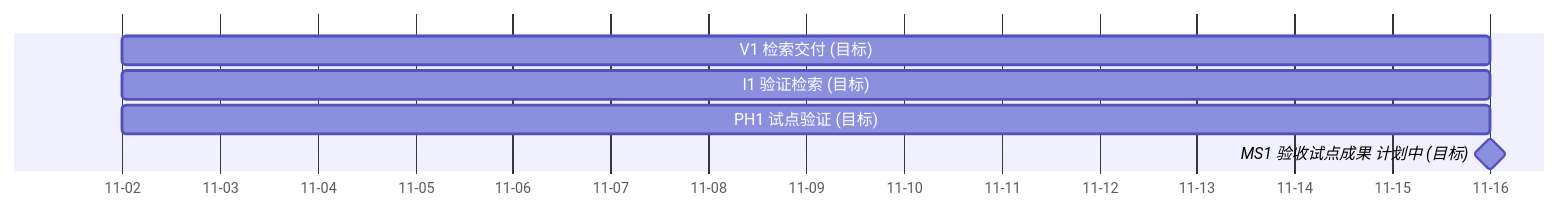
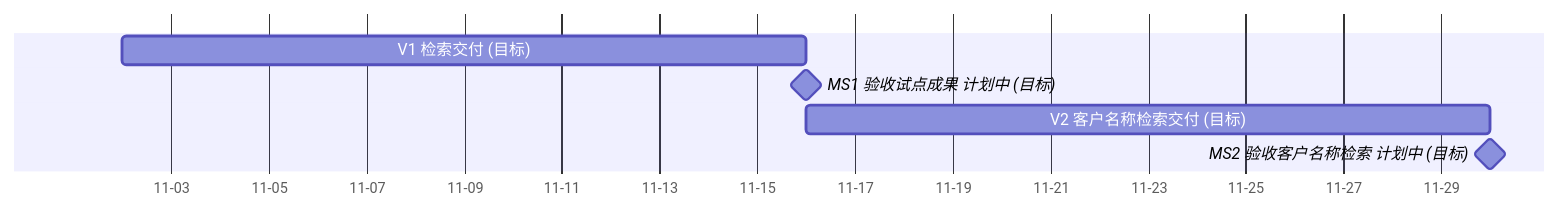
The diagram in skills/define-roadmap/references/languages/zh-CN/roadmap.mmd (nesnilnehc/ai-cortex), drawn with Mermaid before and after one commit. The commit also changed 127 other files, not shown here.

First line of the commit message:
feat(roadmap)!: separate planning evidence from delivery views

```diff
--- a/skills/define-roadmap/references/languages/zh-CN/roadmap.mmd
+++ b/skills/define-roadmap/references/languages/zh-CN/roadmap.mmd
@@ -1,8 +1,8 @@
 gantt
     dateFormat YYYY-MM-DD
     axisFormat %m-%d
     todayMarker off
     V1 检索交付 (目标) :V1, 2026-11-02, 14d
-    I1 验证检索 (目标) :I1, 2026-11-02, 14d
-    PH1 试点验证 (目标) :PH1, 2026-11-02, 14d
     MS1 验收试点成果 计划中 (目标) :milestone, MS1, 2026-11-16, 0d
+    V2 客户名称检索交付 (目标) :V2, 2026-11-16, 14d
+    MS2 验收客户名称检索 计划中 (目标) :milestone, MS2, 2026-11-30, 0d
```
